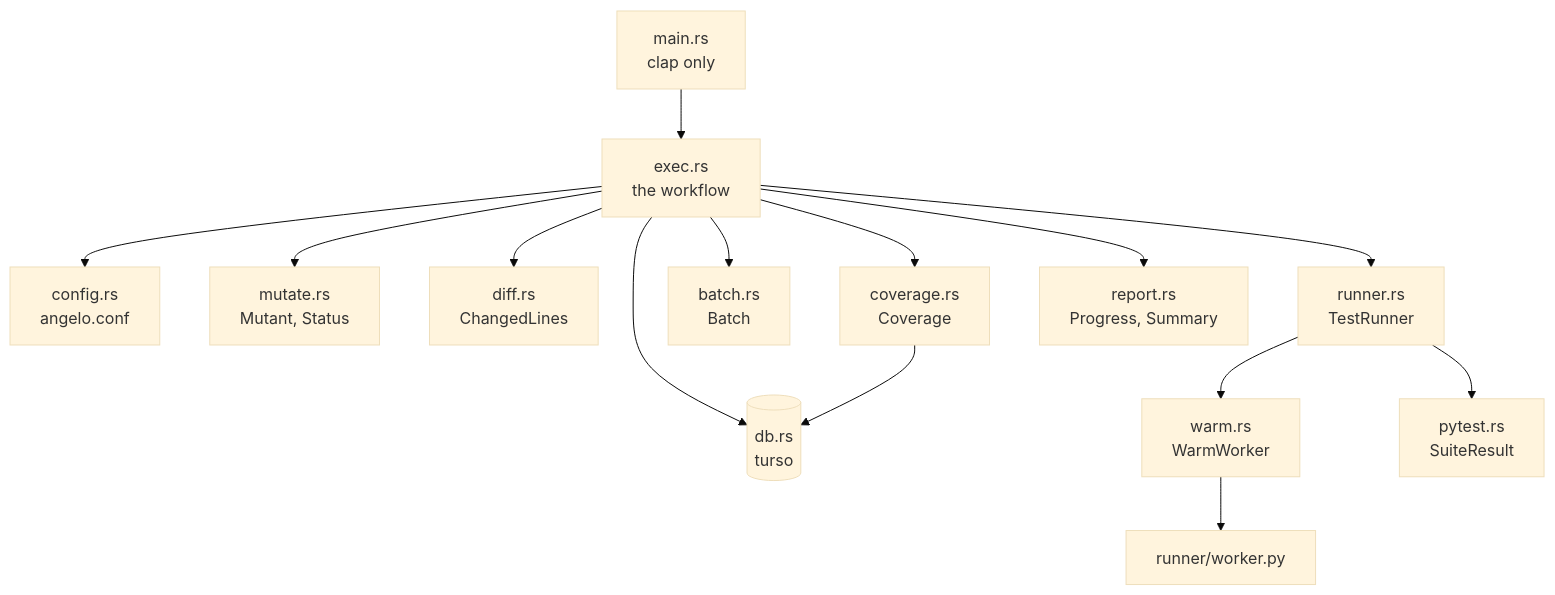
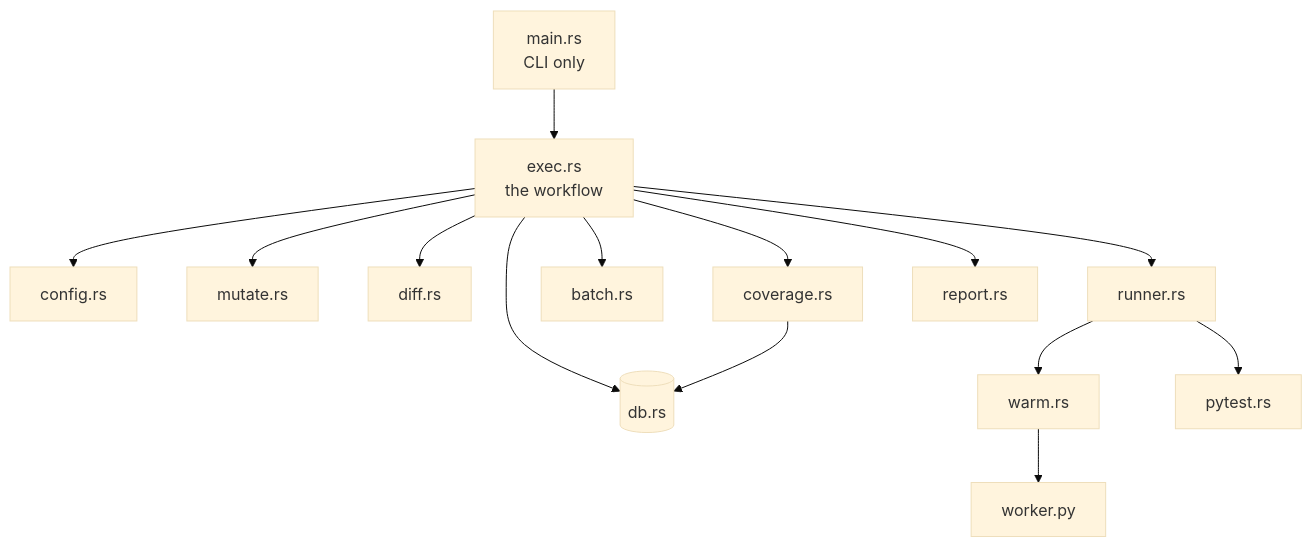
The first of 2 diagrams in docs/04-architecture.md (kvandeh/Angelo), drawn with Mermaid (base theme) before and after one commit. The commit also changed other lines of this file and 26 other files, not shown here.

````diff
--- a/docs/04-architecture.md
+++ b/docs/04-architecture.md
@@ -10,16 +12,16 @@
 ```mermaid
 flowchart TD
-    main[main.rs<br/>clap only] --> exec[exec.rs<br/>the workflow]
-    exec --> config[config.rs<br/>angelo.conf]
-    exec --> mutate[mutate.rs<br/>Mutant, Status]
-    exec --> diff[diff.rs<br/>ChangedLines]
-    exec --> cov[coverage.rs<br/>Coverage]
-    exec --> batch[batch.rs<br/>Batch]
-    exec --> runner[runner.rs<br/>TestRunner]
-    exec --> report[report.rs<br/>Progress, Summary]
-    exec --> db[(db.rs<br/>turso)]
-    runner --> warm[warm.rs<br/>WarmWorker]
-    runner --> pytest[pytest.rs<br/>SuiteResult]
-    warm --> py[runner/worker.py]
+    main[main.rs<br/>CLI only] --> exec[exec.rs<br/>the workflow]
+    exec --> config[config.rs]
+    exec --> mutate[mutate.rs]
+    exec --> diff[diff.rs]
+    exec --> cov[coverage.rs]
+    exec --> batch[batch.rs]
+    exec --> runner[runner.rs]
+    exec --> report[report.rs]
+    exec --> db[(db.rs)]
+    runner --> warm[warm.rs]
+    runner --> pytest[pytest.rs]
+    warm --> py[worker.py]
     cov --> db
 ```
````
